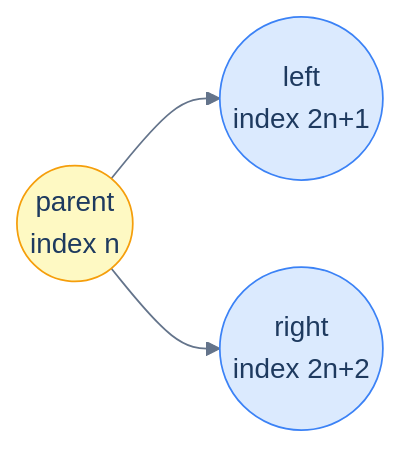
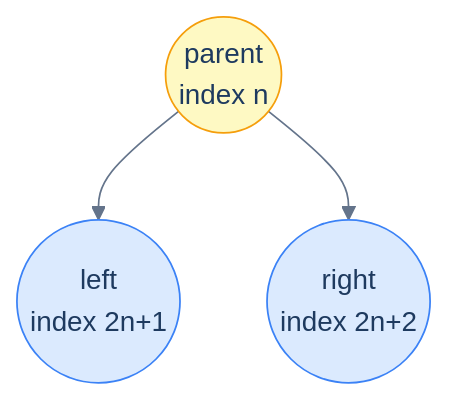
Before and after one commit to ani2fun/note-book: the fourth of 6 diagrams in src/computer-science/DSA/data-structures/7.binary-tree/02-array-implementation-of-binary-trees.md, drawn with Mermaid. The commit also changed 3 other files, not shown here.

First line of the commit message:
binary-tree: render tree diagrams top-down

````diff
--- a/src/computer-science/DSA/data-structures/7.binary-tree/02-array-implementation-of-binary-trees.md
+++ b/src/computer-science/DSA/data-structures/7.binary-tree/02-array-implementation-of-binary-trees.md
@@ -179,20 +179,20 @@
 ```mermaid
 ---
 config:
   theme: base
   themeVariables:
     primaryColor: "#dbeafe"
     primaryBorderColor: "#3b82f6"
     primaryTextColor: "#1e3a5f"
     lineColor: "#64748b"
     secondaryColor: "#ede9fe"
     tertiaryColor: "#fef9c3"
 ---
-flowchart LR
+flowchart TB
     P(("parent<br/>index n"))
     L(("left<br/>index 2n+1"))
     R(("right<br/>index 2n+2"))
     P --> L
     P --> R
     style P fill:#fef9c3,stroke:#f59e0b
 ```
````
